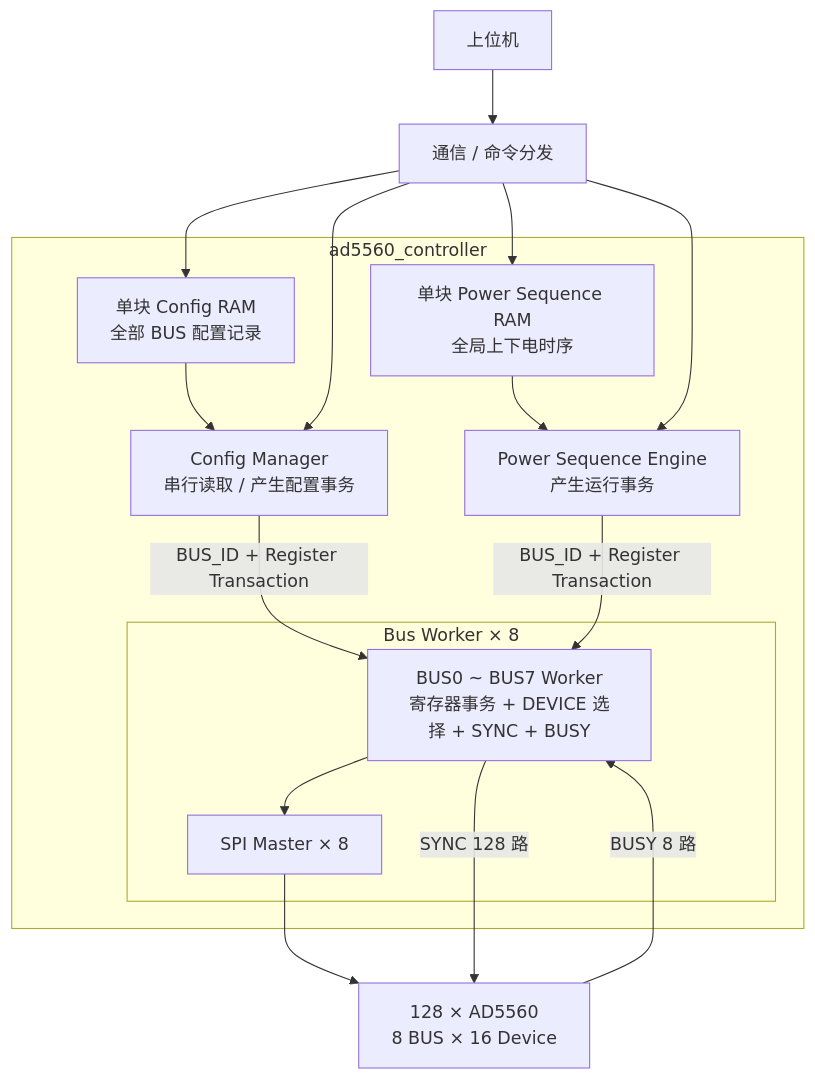
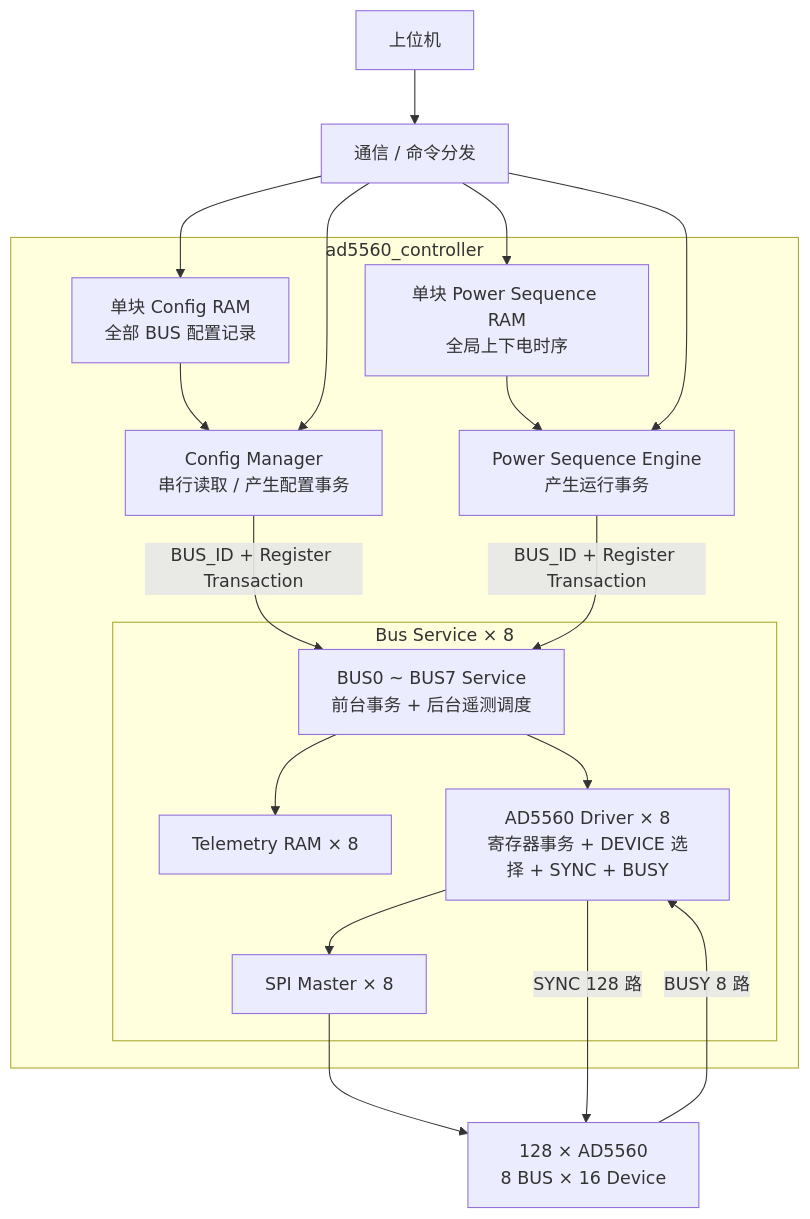
The diagram in AD5560/SYSTEM_ARCHITECTURE.md (hhanghhhhh/hbm_proj), drawn with Mermaid before and after one commit. The commit also changed other lines of this file, not shown here.

Commit message:
docs(ad5560): add per-bus service layer and rename worker to driver

````diff
--- a/AD5560/SYSTEM_ARCHITECTURE.md
+++ b/AD5560/SYSTEM_ARCHITECTURE.md
@@ -74,37 +123,42 @@
 ```mermaid
 flowchart TB
     PC[上位机]
     COMM[通信 / 命令分发]
 
     subgraph CTRL[ad5560_controller]
         CRAM[单块 Config RAM\n全部 BUS 配置记录]
         CM[Config Manager\n串行读取 / 产生配置事务]
 
         PSRAM[单块 Power Sequence RAM\n全局上下电时序]
         PSE[Power Sequence Engine\n产生运行事务]
 
-        subgraph BUS[Bus Worker × 8]
-            BW[BUS0 ~ BUS7 Worker\n寄存器事务 + DEVICE 选择 + SYNC + BUSY]
+        subgraph BUS[Bus Service × 8]
+            BS[BUS0 ~ BUS7 Service\n前台事务 + 后台遥测调度]
+            TRAM[Telemetry RAM × 8]
+            DRV[AD5560 Driver × 8\n寄存器事务 + DEVICE 选择 + SYNC + BUSY]
             SPI[SPI Master × 8]
-            BW --> SPI
+
+            BS --> DRV
+            BS --> TRAM
+            DRV --> SPI
         end
 
         CRAM --> CM
         PSRAM --> PSE
 
-        CM -->|BUS_ID + Register Transaction| BW
-        PSE -->|BUS_ID + Register Transaction| BW
+        CM -->|BUS_ID + Register Transaction| BS
+        PSE -->|BUS_ID + Register Transaction| BS
     end
 
     DEV[128 × AD5560\n8 BUS × 16 Device]
 
     PC --> COMM
     COMM --> CRAM
     COMM --> CM
     COMM --> PSRAM
     COMM --> PSE
 
     SPI --> DEV
-    BW -->|SYNC 128 路| DEV
-    DEV -->|BUSY 8 路| BW
+    DRV -->|SYNC 128 路| DEV
+    DEV -->|BUSY 8 路| DRV
 ```
````
